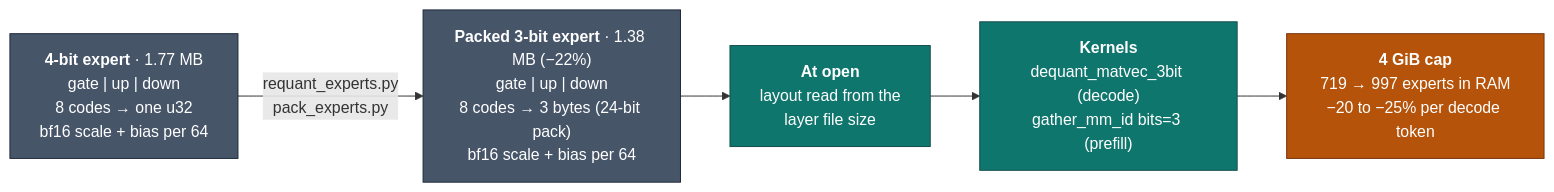
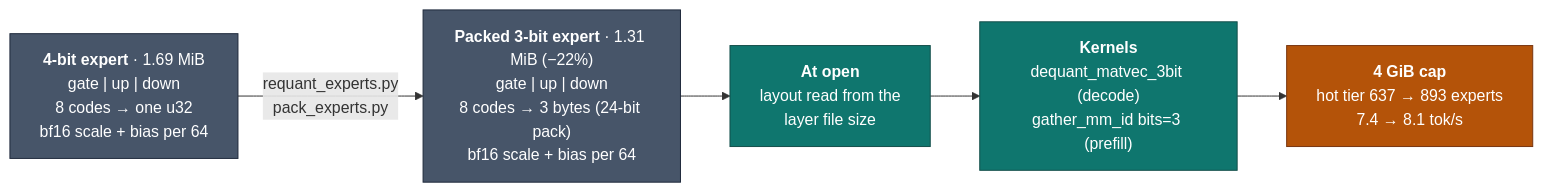
One commit to transybao1393/streamoe changed the third of 8 diagrams in README.md. Above: the diagram before and after it, drawn with Mermaid. The commit also changed other lines of this file and 1 other file, not shown here.

First line of the commit message:
docs: README numbers from one test setup; data-flow diagram

````diff
--- a/README.md
+++ b/README.md
@@ -230,14 +180,14 @@
 ```mermaid
 flowchart LR
     classDef e fill:#0f766e,stroke:#134e4a,color:#ffffff
     classDef i fill:#b45309,stroke:#78350f,color:#ffffff
     classDef s fill:#475569,stroke:#1e293b,color:#ffffff
 
-    Q4["<b>4-bit expert</b> · 1.77 MB<br/>gate | up | down<br/>8 codes → one u32<br/>bf16 scale + bias per 64"]:::s
-    Q3["<b>Packed 3-bit expert</b> · 1.38 MB (−22%)<br/>gate | up | down<br/>8 codes → 3 bytes (24-bit pack)<br/>bf16 scale + bias per 64"]:::s
+    Q4["<b>4-bit expert</b> · 1.69 MiB<br/>gate | up | down<br/>8 codes → one u32<br/>bf16 scale + bias per 64"]:::s
+    Q3["<b>Packed 3-bit expert</b> · 1.31 MiB (−22%)<br/>gate | up | down<br/>8 codes → 3 bytes (24-bit pack)<br/>bf16 scale + bias per 64"]:::s
     OPEN["<b>At open</b><br/>layout read from the<br/>layer file size"]:::e
     K["<b>Kernels</b><br/>dequant_matvec_3bit (decode)<br/>gather_mm_id bits=3 (prefill)"]:::e
-    RAM["<b>4 GiB cap</b><br/>719 → 997 experts in RAM<br/>−20 to −25% per decode token"]:::i
+    RAM["<b>4 GiB cap</b><br/>hot tier 637 → 893 experts<br/>7.4 → 8.1 tok/s"]:::i
 
     Q4 -- "requant_experts.py<br/>pack_experts.py" --> Q3 --> OPEN --> K --> RAM
 ```
````
